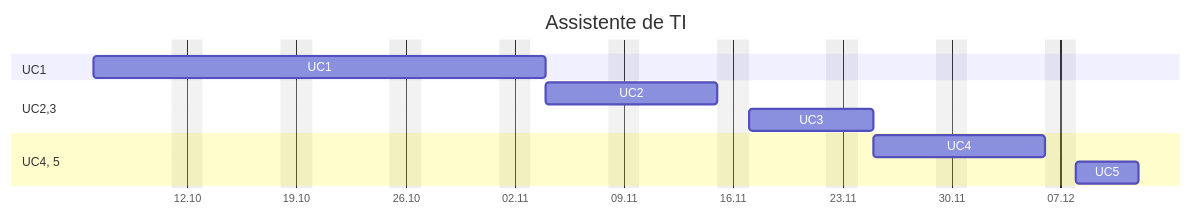
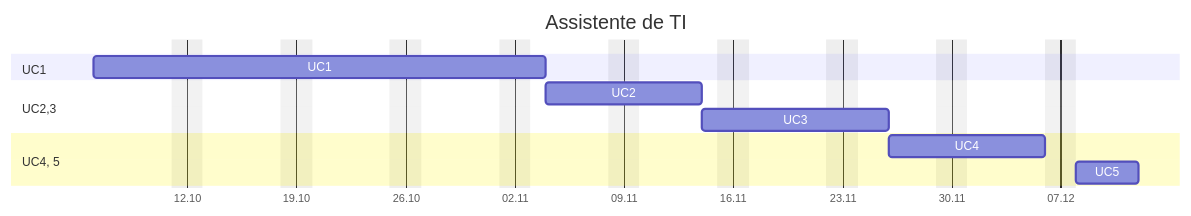
The diagram in src/site/notes/Assistente-de-TI.md (jocile/digitalgarden), drawn with Mermaid before and after one commit. The commit also changed other lines of this file, not shown here.

````diff
--- a/src/site/notes/Assistente-de-TI.md
+++ b/src/site/notes/Assistente-de-TI.md
@@ -31,16 +31,16 @@
 ```mermaid
 gantt
      title Assistente de TI
      tickInterval 1week
      excludes Saturday, Sunday, 19:03, 25:03, 17:04, 18:04, 21:04, 01:05, 02:05, 07:05, 14:05, 26:05, 29:05, 30:05
      dateFormat DD:MM
      axisFormat %d.%m
      section UC1
          UC1 :a1, 06:10, 21d
      section UC2,3
-         UC2 :a2,after a1, 9d
-         UC3 :a3, after a2, 6d
+         UC2 :a2,after a1, 8d
+         UC3 :a3, after a2, 8d
      section UC4, 5
-         UC4 :a4, after a3, 9d
+         UC4 :a4, after a3, 8d
          UC5 :a5, after a4, 4d
 ```
````
